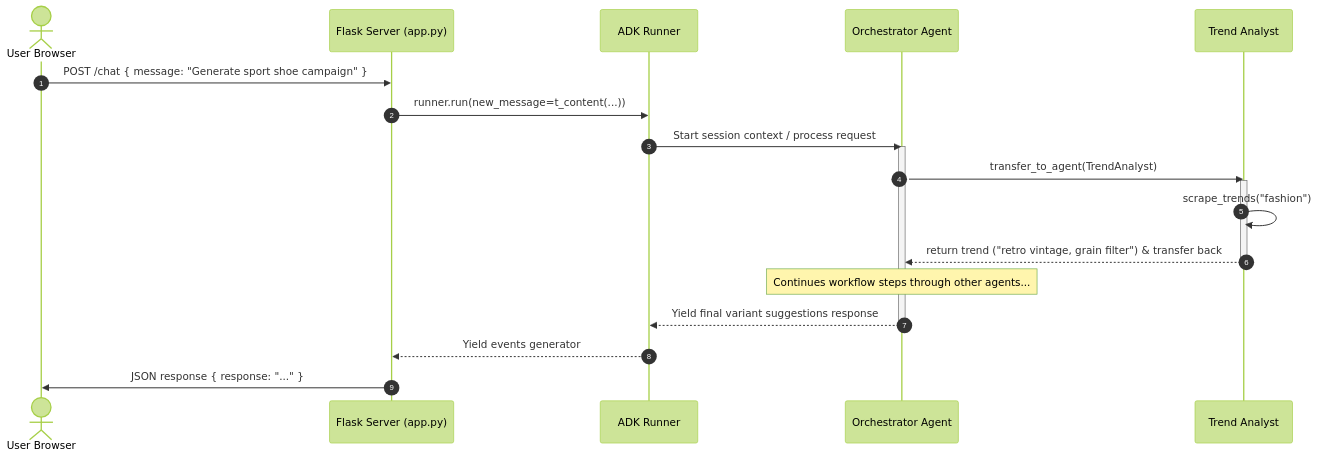
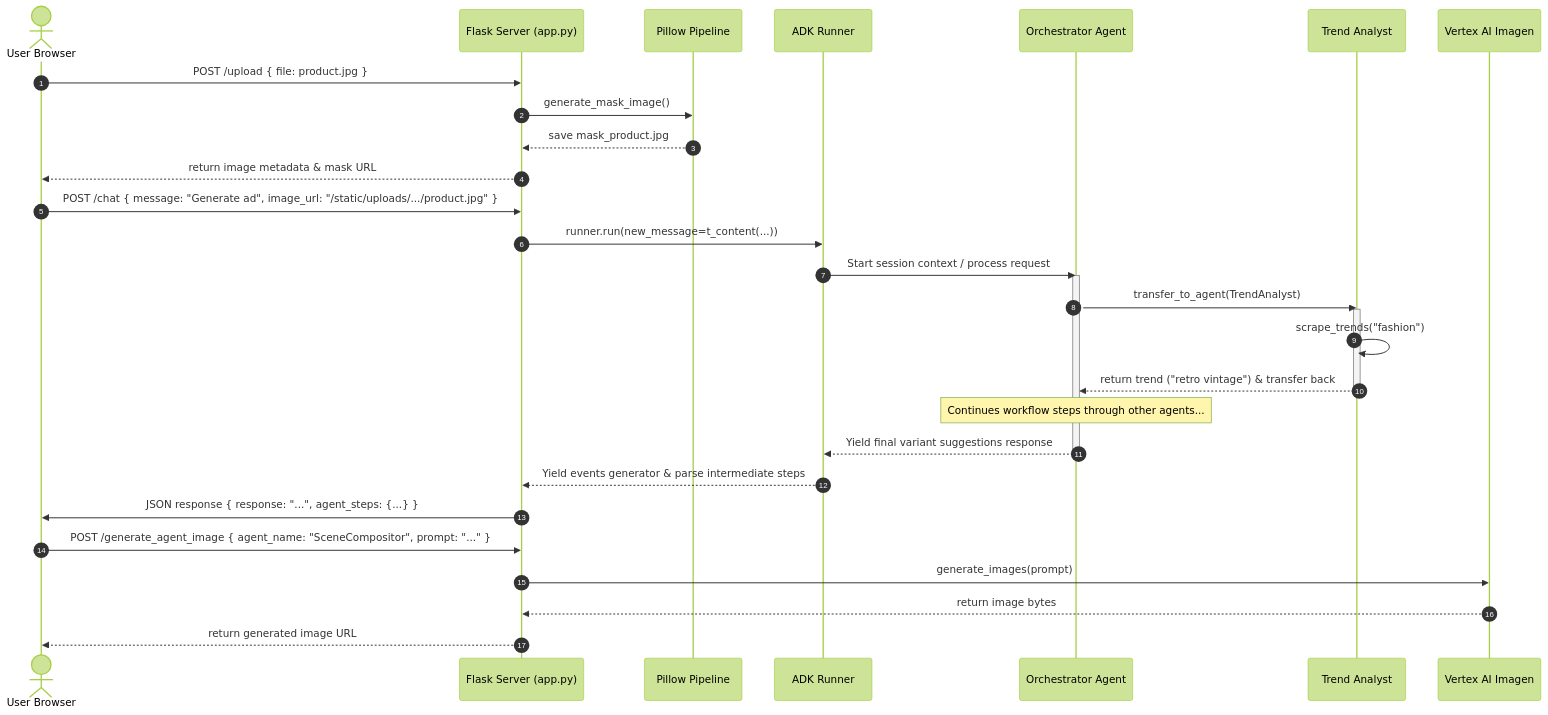
The second of 2 diagrams in architecture.md (sanjeevm16/advisualizer), drawn with Mermaid (forest theme) before and after one commit. The commit also changed other lines of this file and 19 other files, not shown here.

Commit message:
Added image generation,prompt generation, status check capabilities

````diff
--- a/architecture.md
+++ b/architecture.md
@@ -85,24 +119,36 @@
 ```mermaid
 sequenceDiagram
     autonumber
     actor User as User Browser
     participant Flask as Flask Server (app.py)
+    participant PIL as Pillow Pipeline
     participant Run as ADK Runner
     participant Orch as Orchestrator Agent
     participant TA as Trend Analyst
+    participant Imagen as Vertex AI Imagen
 
-    User->>Flask: POST /chat { message: "Generate sport shoe campaign" }
+    User->>Flask: POST /upload { file: product.jpg }
+    Flask->>PIL: generate_mask_image()
+    PIL-->>Flask: save mask_product.jpg
+    Flask-->>User: return image metadata & mask URL
+    
+    User->>Flask: POST /chat { message: "Generate ad", image_url: "/static/uploads/.../product.jpg" }
     Flask->>Run: runner.run(new_message=t_content(...))
     Run->>Orch: Start session context / process request
     activate Orch
     Orch->>TA: transfer_to_agent(TrendAnalyst)
     activate TA
     TA->>TA: scrape_trends("fashion")
-    TA-->>Orch: return trend ("retro vintage, grain filter") & transfer back
+    TA-->>Orch: return trend ("retro vintage") & transfer back
     deactivate TA
     Note over Orch: Continues workflow steps through other agents...
     Orch-->>Run: Yield final variant suggestions response
     deactivate Orch
-    Run-->>Flask: Yield events generator
-    Flask->>User: JSON response { response: "..." }
+    Run-->>Flask: Yield events generator & parse intermediate steps
+    Flask->>User: JSON response { response: "...", agent_steps: {...} }
+
+    User->>Flask: POST /generate_agent_image { agent_name: "SceneCompositor", prompt: "..." }
+    Flask->>Imagen: generate_images(prompt)
+    Imagen-->>Flask: return image bytes
+    Flask-->>User: return generated image URL
 ```
````
